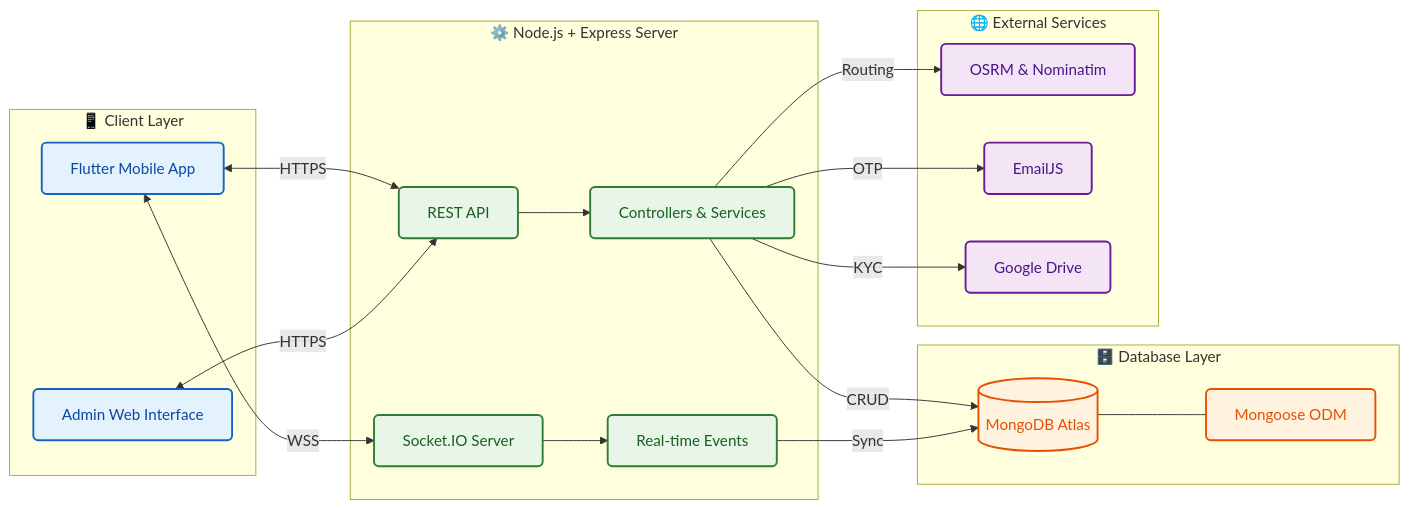
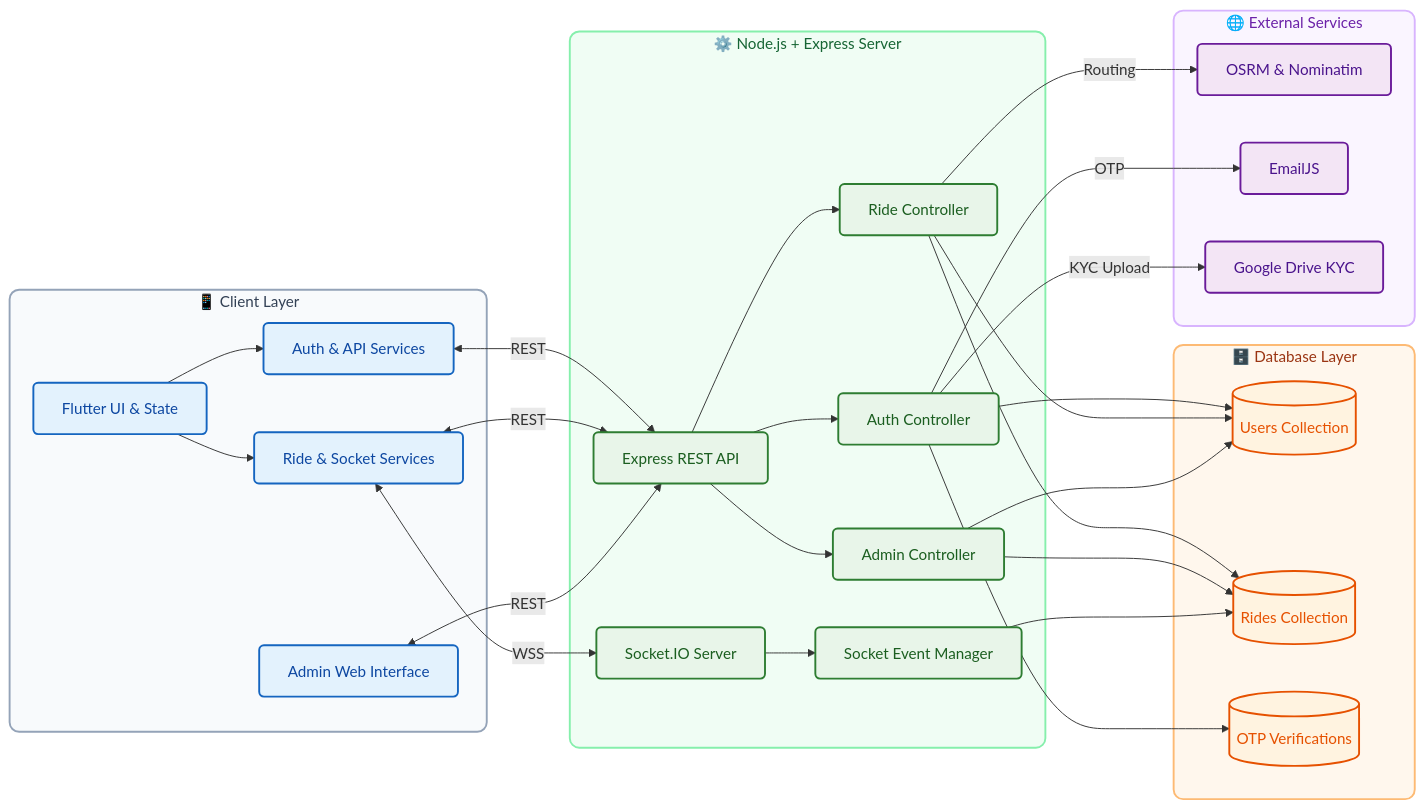
Before and after one commit to priyanshusharan-cmd/ridify: the diagram in README.md, drawn with Mermaid.

Commit message:
docs: use custom pastel styles for architecture diagram and restore model-level details

````diff
--- a/README.md
+++ b/README.md
@@ -91,53 +91,83 @@
 ```mermaid
 graph LR
-    %% Theming
+    %% Theming for Nodes
     classDef client fill:#E3F2FD,stroke:#1565C0,stroke-width:2px,color:#0D47A1,rx:5,ry:5
     classDef backend fill:#E8F5E9,stroke:#2E7D32,stroke-width:2px,color:#1B5E20,rx:5,ry:5
     classDef db fill:#FFF3E0,stroke:#E65100,stroke-width:2px,color:#E65100,rx:5,ry:5
     classDef external fill:#F3E5F5,stroke:#6A1B9A,stroke-width:2px,color:#4A148C,rx:5,ry:5
 
+    %% Subgraph Styling to remove default yellow backgrounds
+    style ClientLayer fill:#f8fafc,stroke:#94a3b8,stroke-width:2px,color:#334155,rx:10,ry:10
+    style BackendLayer fill:#f0fdf4,stroke:#86efac,stroke-width:2px,color:#166534,rx:10,ry:10
+    style DataLayer fill:#fff7ed,stroke:#fdba74,stroke-width:2px,color:#9a3412,rx:10,ry:10
+    style ExternalLayer fill:#faf5ff,stroke:#d8b4fe,stroke-width:2px,color:#6b21a8,rx:10,ry:10
+
     subgraph ClientLayer [📱 Client Layer]
-        Flutter[Flutter Mobile App]
+        UI[Flutter UI & State]
+        AuthSvc[Auth & API Services]
+        RideSvc[Ride & Socket Services]
         Admin[Admin Web Interface]
     end
 
     subgraph BackendLayer [⚙️ Node.js + Express Server]
-        API[REST API]
+        API[Express REST API]
         WSS[Socket.IO Server]
-        Logic[Controllers & Services]
-        Sockets[Real-time Events]
         
-        API --> Logic
-        WSS --> Sockets
+        AuthCtrl[Auth Controller]
+        RideCtrl[Ride Controller]
+        AdminCtrl[Admin Controller]
+        
+        SocketMgr[Socket Event Manager]
     end
 
     subgraph DataLayer [🗄️ Database Layer]
-        DB[(MongoDB Atlas)]
-        Models[Mongoose ODM]
-        DB --- Models
+        UserMod[(Users Collection)]
+        RideMod[(Rides Collection)]
+        OTPMod[(OTP Verifications)]
     end
 
     subgraph ExternalLayer [🌐 External Services]
         Maps[OSRM & Nominatim]
         SMTP[EmailJS]
-        Storage[Google Drive]
+        Drive[Google Drive KYC]
     end
 
-    %% Connections
-    Flutter <-->|HTTPS| API
-    Flutter <-->|WSS| WSS
-    Admin <-->|HTTPS| API
+    %% Wiring Client Layer Internals
+    UI --> AuthSvc
+    UI --> RideSvc
 
-    Logic -->|CRUD| DB
-    Sockets -->|Sync| DB
+    %% Wiring Client to Backend
+    AuthSvc <-->|REST| API
+    RideSvc <-->|REST| API
+    RideSvc <-->|WSS| WSS
+    Admin <-->|REST| API
+
+    %% Wiring Backend Internals
+    API --> AuthCtrl
+    API --> RideCtrl
+    API --> AdminCtrl
+    WSS --> SocketMgr
+
+    %% Wiring Backend to DB
+    AuthCtrl --> UserMod
+    AuthCtrl --> OTPMod
     
-    Logic -->|Routing| Maps
-    Logic -->|OTP| SMTP
-    Logic -->|KYC| Storage
+    RideCtrl --> RideMod
+    RideCtrl --> UserMod
+    
+    AdminCtrl --> UserMod
+    AdminCtrl --> RideMod
+
+    SocketMgr --> RideMod
+
+    %% Wiring Backend to External
+    RideCtrl -->|Routing| Maps
+    AuthCtrl -->|OTP| SMTP
+    AuthCtrl -->|KYC Upload| Drive
 
     %% Apply Classes
-    class Flutter,Admin client;
-    class API,WSS,Logic,Sockets backend;
-    class DB,Models db;
-    class Maps,SMTP,Storage external;
+    class UI,AuthSvc,RideSvc,Admin client;
+    class API,WSS,AuthCtrl,RideCtrl,AdminCtrl,SocketMgr backend;
+    class UserMod,RideMod,OTPMod db;
+    class Maps,SMTP,Drive external;
 ```
````
